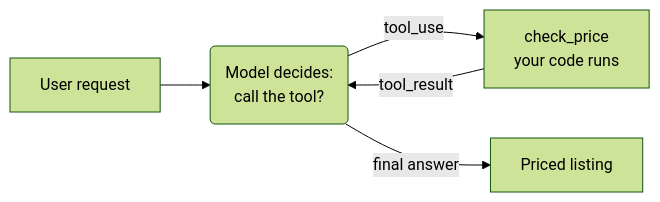
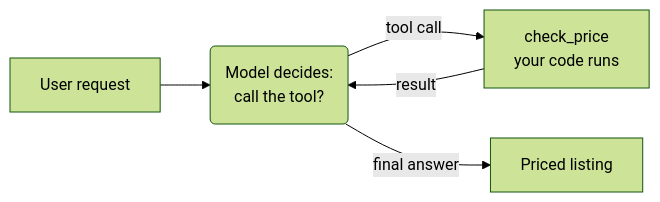
Before and after one commit to AbhiramDwivedi/agentic-engineering: the first of 2 diagrams in docs/the-unit/tool-use.md, drawn with Mermaid (forest theme). The commit also changed other lines of this file and 12 other files, not shown here.

````diff
--- a/docs/the-unit/tool-use.md
+++ b/docs/the-unit/tool-use.md
@@ -75,7 +109,7 @@
 ```mermaid
 flowchart LR
     U["User request"] --> M("Model decides:<br>call the tool?")
-    M -- "tool_use" --> T["check_price<br>your code runs"]
-    T -- "tool_result" --> M
+    M -- "tool call" --> T["check_price<br>your code runs"]
+    T -- "result" --> M
     M -- "final answer" --> F["Priced listing"]
 ```
````
